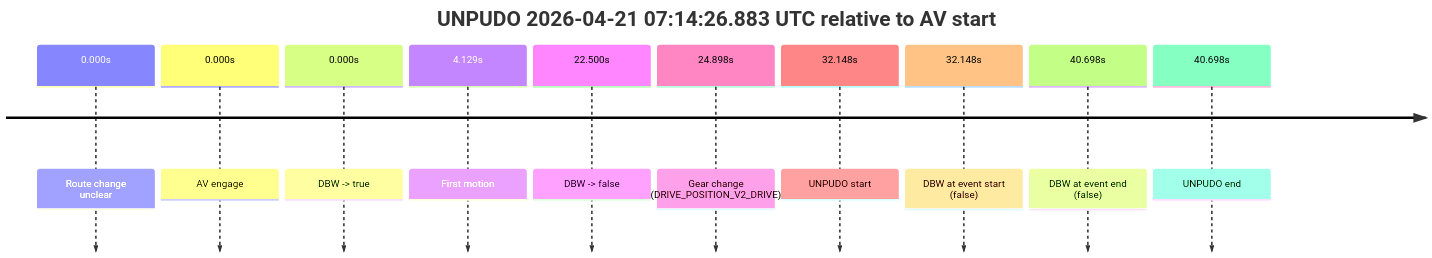
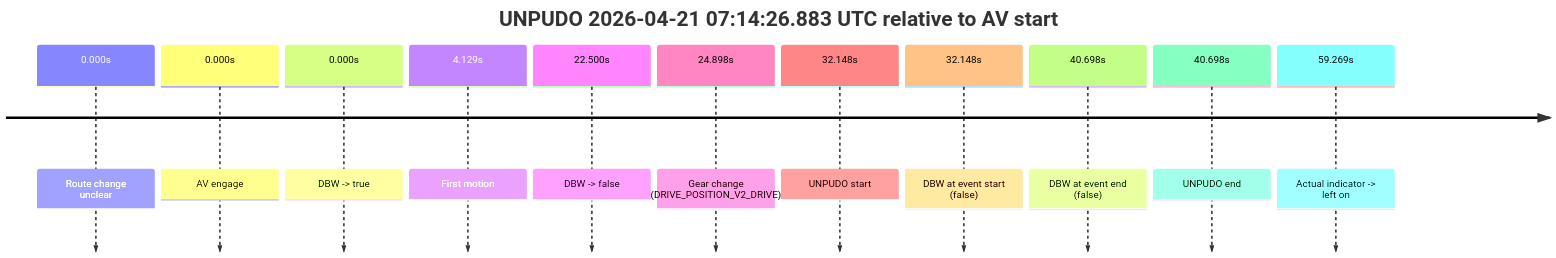
Before and after one commit to yoelshapiro/vault: the diagram in model_analysis/report_cards/2026/04/Week-4/fme20038--2026-04-21--07-11-09--gen2-av-7682c037-e88d-4b10-bda6-6c941cd2b835.md, drawn with Mermaid. The commit also changed other lines of this file and 50 other files, not shown here.

````diff
--- a/model_analysis/report_cards/2026/04/Week-4/fme20038--2026-04-21--07-11-09--gen2-av-7682c037-e88d-4b10-bda6-6c941cd2b835.md
+++ b/model_analysis/report_cards/2026/04/Week-4/fme20038--2026-04-21--07-11-09--gen2-av-7682c037-e88d-4b10-bda6-6c941cd2b835.md
@@ -43,14 +44,15 @@
 ```mermaid
 timeline
     title UNPUDO 2026-04-21 07:14:26.883 UTC relative to AV start
     0.000s : Route change unclear
     0.000s : AV engage
     0.000s : DBW -> true
     4.129s : First motion
     22.500s : DBW -> false
     24.898s : Gear change (DRIVE_POSITION_V2_DRIVE)
     32.148s : UNPUDO start
     32.148s : DBW at event start (false)
     40.698s : DBW at event end (false)
     40.698s : UNPUDO end
+    59.269s : Actual indicator -> left on
 ```
````
